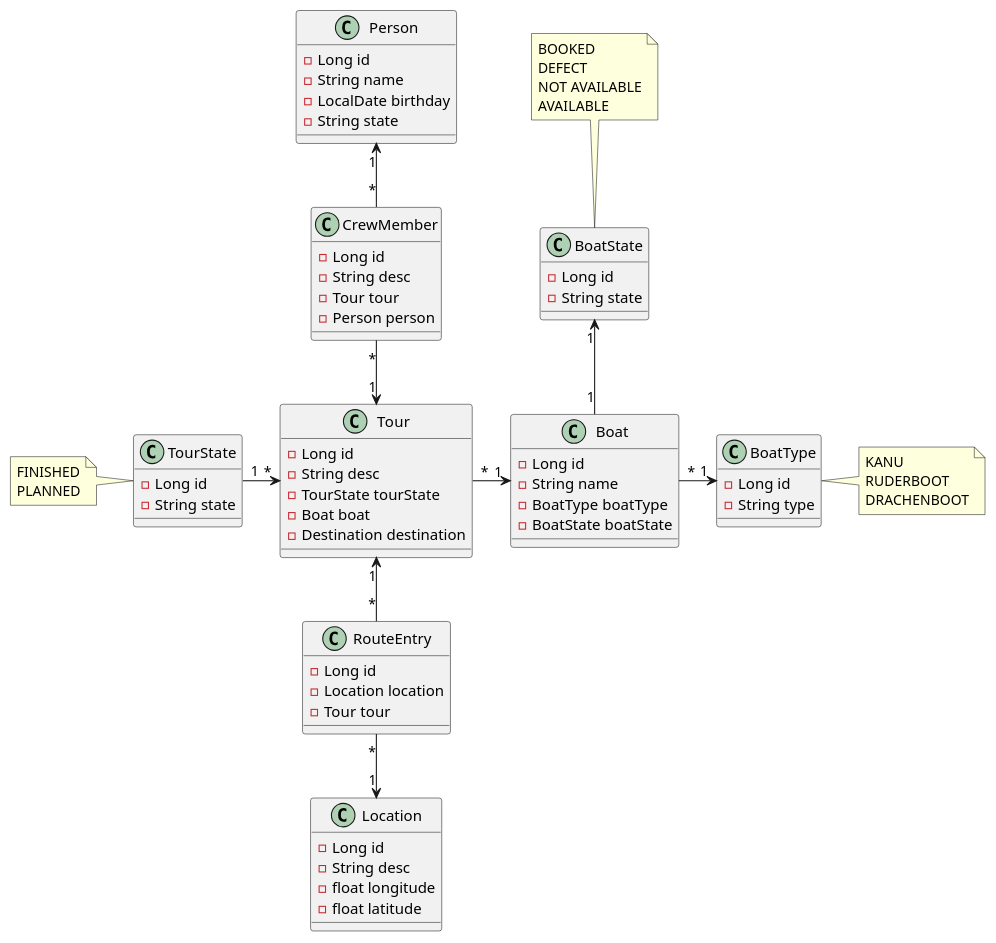
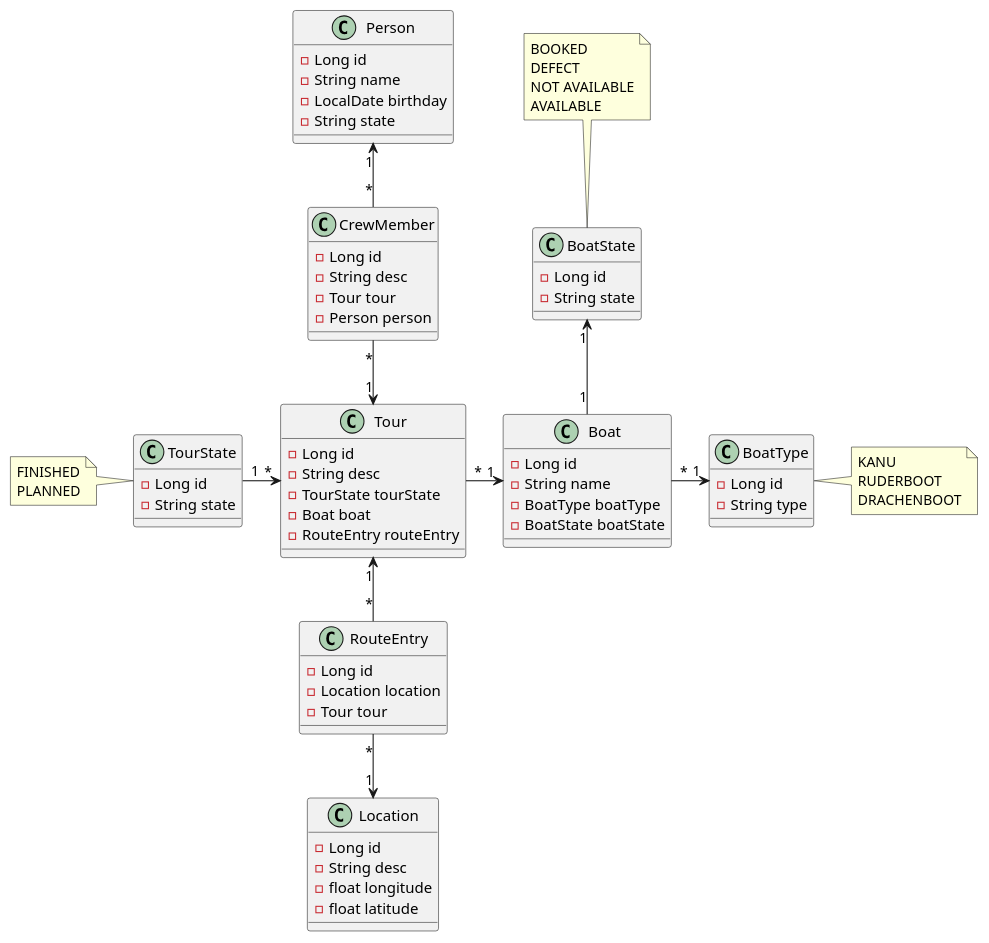
One commit to htl-leonding-project/tour-logger changed the diagram in asciidocs/plantuml/class-diagram.puml. Above: the diagram before and after it, drawn with PlantUML.

Commit message:
#4 fixed mistake in CLD

```diff
--- a/asciidocs/plantuml/class-diagram.puml
+++ b/asciidocs/plantuml/class-diagram.puml
@@ -1,74 +1,74 @@
 @startuml
 
 class Person {
 - Long id
 - String name
 - LocalDate birthday
 - String state
 }
 
 class CrewMember {
 - Long id
 - String desc
 - Tour tour
 - Person person
 }
 
 class Tour {
 - Long id
 - String desc
 - TourState tourState
 - Boat boat
-- Destination destination
+- RouteEntry routeEntry
 }
 
 class RouteEntry{
 - Long id
 - Location location
 - Tour tour
 }
 
 class TourState {
 - Long id
 - String state
 }
 
 note left: FINISHED\nPLANNED
 
 class Location {
 - Long id
 - String desc
 - float longitude
 - float latitude
 }
 
 class Boat {
 - Long id
 - String name
 - BoatType boatType
 - BoatState boatState
 }
 
 class BoatState {
 - Long id
 - String state
 }
 
 note top: BOOKED\nDEFECT\nNOT AVAILABLE\nAVAILABLE
 
 class BoatType {
 - Long id
 - String type
 }
 note right: KANU\nRUDERBOOT\nDRACHENBOOT
 
 Person "1" <-- "*" CrewMember
 CrewMember "*" --> "1" Tour
 TourState "1" -right-> "*" Tour
 Location "1" <-up- "*" RouteEntry
 RouteEntry "*" -up-> "1" Tour
 Tour "*" -right-> "1" Boat
 Boat "*" -right-> "1" BoatType
 Boat "1" -up-> "1" BoatState
 
 @enduml
```
